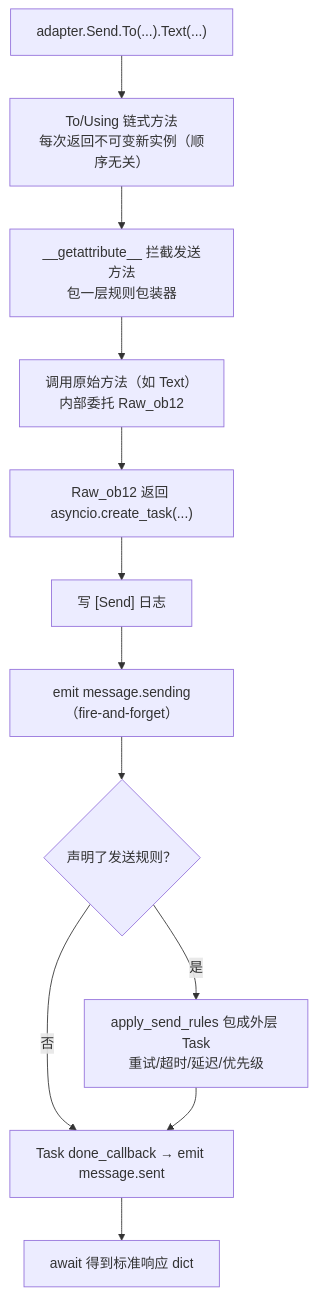
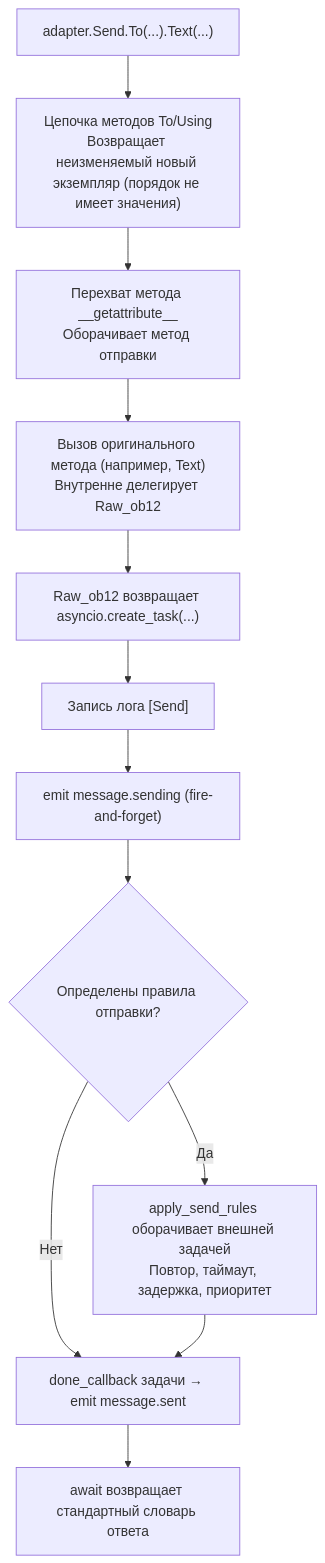
The second of 2 diagrams in docs/ru/developer-guide/adapters/send-dsl.md (ErisPulse/ErisPulse), drawn with Mermaid before and after one commit. The commit also changed other lines of this file and 331 other files, not shown here.

````diff
--- a/docs/ru/developer-guide/adapters/send-dsl.md
+++ b/docs/ru/developer-guide/adapters/send-dsl.md
@@ -580,14 +580,14 @@
 ```mermaid
 flowchart TD
-    A["adapter.Send.To(...).Text(...)"] --> B["To/Using 链式方法<br/>每次返回不可变新实例（顺序无关）"]
-    B --> C["__getattribute__ 拦截发送方法<br/>包一层规则包装器"]
-    C --> D["调用原始方法（如 Text）<br/>内部委托 Raw_ob12"]
-    D --> E["Raw_ob12 返回 asyncio.create_task(...)"]
-    E --> F["写 [Send] 日志"]
-    F --> G["emit message.sending（fire-and-forget）"]
-    G --> H{"声明了发送规则？"}
-    H -->|"否"| I["Task done_callback → emit message.sent"]
-    H -->|"是"| J["apply_send_rules 包成外层 Task<br/>重试/超时/延迟/优先级"]
+    A["adapter.Send.To(...).Text(...)"] --> B["Цепочка методов To/Using<br/>Возвращает неизменяемый новый экземпляр (порядок не имеет значения)"]
+    B --> C["Перехват метода __getattribute__<br/>Оборачивает метод отправки"]
+    C --> D["Вызов оригинального метода (например, Text)<br/>Внутренне делегирует Raw_ob12"]
+    D --> E["Raw_ob12 возвращает asyncio.create_task(...)"]
+    E --> F["Запись лога [Send]"]
+    F --> G["emit message.sending (fire-and-forget)"]
+    G --> H{"Определены правила отправки?"}
+    H -->|"Нет"| I["done_callback задачи → emit message.sent"]
+    H -->|"Да"| J["apply_send_rules оборачивает внешней задачей<br/>Повтор, таймаут, задержка, приоритет"]
     J --> I
-    I --> K["await 得到标准响应 dict"]
+    I --> K["await возвращает стандартный словарь ответа"]
 ```
````
